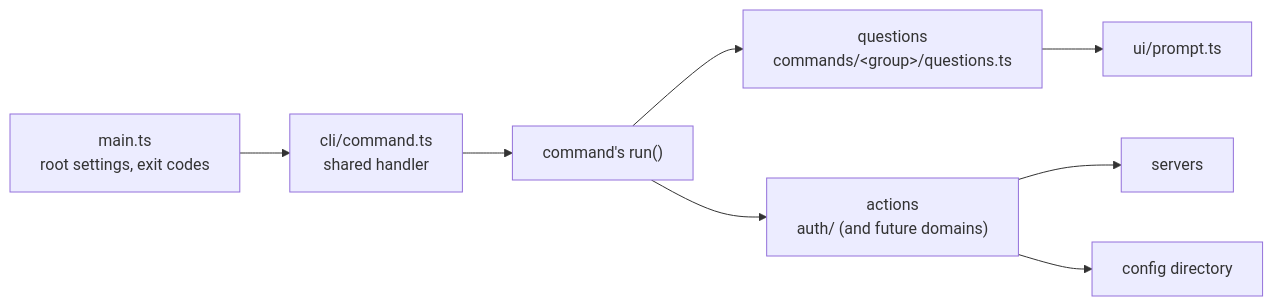
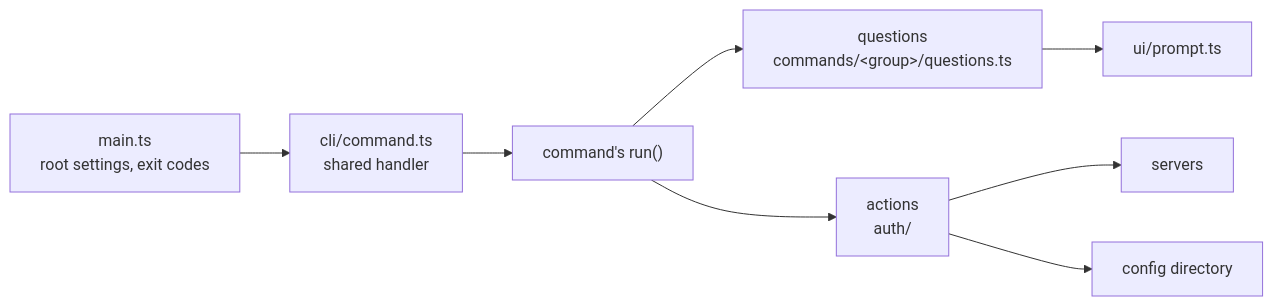
The diagram in docs/ARCHITECTURE.md (deephaven/deephaven-mcp), drawn with Mermaid before and after one commit. The commit also changed other lines of this file, not shown here.

Commit message:
Architecture guide: plainer, less prescriptive wording

````diff
--- a/docs/ARCHITECTURE.md
+++ b/docs/ARCHITECTURE.md
@@ -58,10 +51,10 @@
 ```mermaid
 flowchart LR
   main["main.ts<br/>root settings, exit codes"] --> handler["cli/command.ts<br/>shared handler"]
   handler --> run["command's run()"]
   run --> q["questions<br/>commands/&lt;group&gt;/questions.ts"]
-  run --> a["actions<br/>auth/ (and future domains)"]
+  run --> a["actions<br/>auth/"]
   q --> ui["ui/prompt.ts"]
   a --> net["servers"]
   a --> disk["config directory"]
 ```
````
